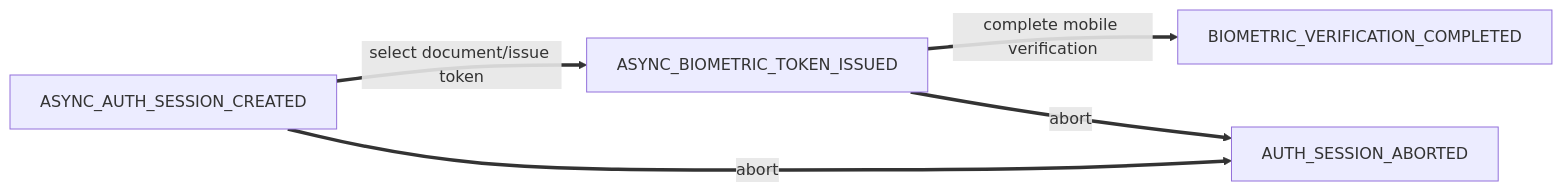
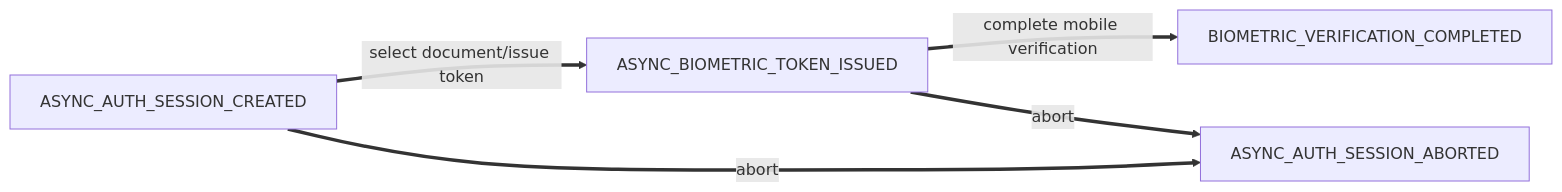
The diagram in backend-api/docs/sessionStateMachine.md (govuk-one-login/mobile-id-check-async), drawn with Mermaid before and after one commit.

Commit message:
updating names

````diff
--- a/backend-api/docs/sessionStateMachine.md
+++ b/backend-api/docs/sessionStateMachine.md
@@ -5,8 +5,8 @@
 ```mermaid
 flowchart LR
     ASYNC_AUTH_SESSION_CREATED == select document/issue token ==> ASYNC_BIOMETRIC_TOKEN_ISSUED
-    ASYNC_AUTH_SESSION_CREATED == abort ==> AUTH_SESSION_ABORTED
+    ASYNC_AUTH_SESSION_CREATED == abort ==> ASYNC_AUTH_SESSION_ABORTED
     
     ASYNC_BIOMETRIC_TOKEN_ISSUED == complete mobile verification ==> BIOMETRIC_VERIFICATION_COMPLETED 
-    ASYNC_BIOMETRIC_TOKEN_ISSUED == abort ==> AUTH_SESSION_ABORTED
+    ASYNC_BIOMETRIC_TOKEN_ISSUED == abort ==> ASYNC_AUTH_SESSION_ABORTED
 ```
````
